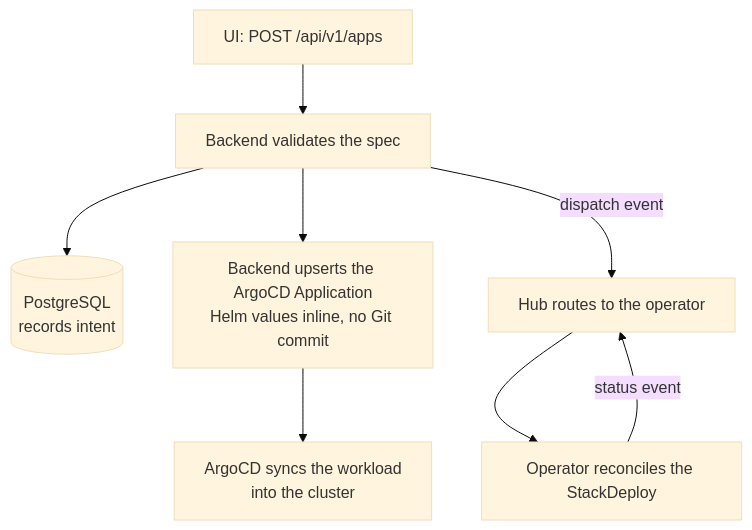
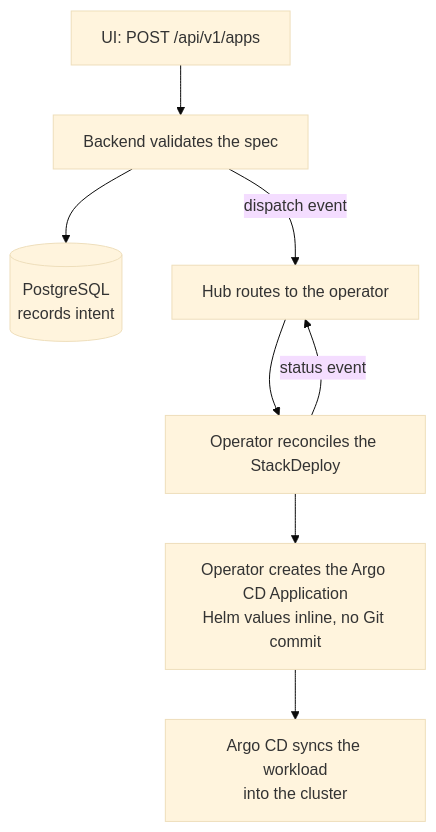
The fourth of 5 diagrams in content/architecture.mdx (kubenesthq/docs), drawn with Mermaid (base theme) before and after one commit. The commit also changed other lines of this file and 10 other files, not shown here.

````diff
--- a/content/architecture.mdx
+++ b/content/architecture.mdx
@@ -163,10 +161,10 @@
 ```mermaid
 flowchart TD
     UI["UI: POST /api/v1/apps"] --> BE["Backend validates the spec"]
     BE --> DB[("PostgreSQL<br/>records intent")]
-    BE --> ARGO["Backend upserts the ArgoCD Application<br/>Helm values inline, no Git commit"]
     BE -- "dispatch event" --> HUB["Hub routes to the operator"]
     HUB --> OP["Operator reconciles the StackDeploy"]
-    ARGO --> SYNC["ArgoCD syncs the workload<br/>into the cluster"]
+    OP --> ARGO["Operator creates the Argo CD Application<br/>Helm values inline, no Git commit"]
+    ARGO --> SYNC["Argo CD syncs the workload<br/>into the cluster"]
     OP -- "status event" --> HUB
 ```
````
